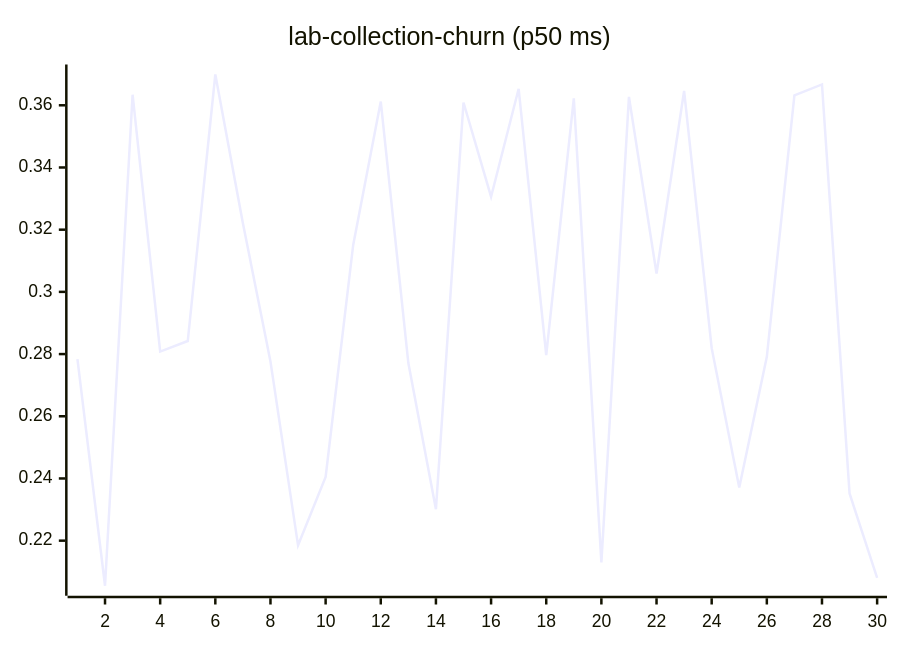
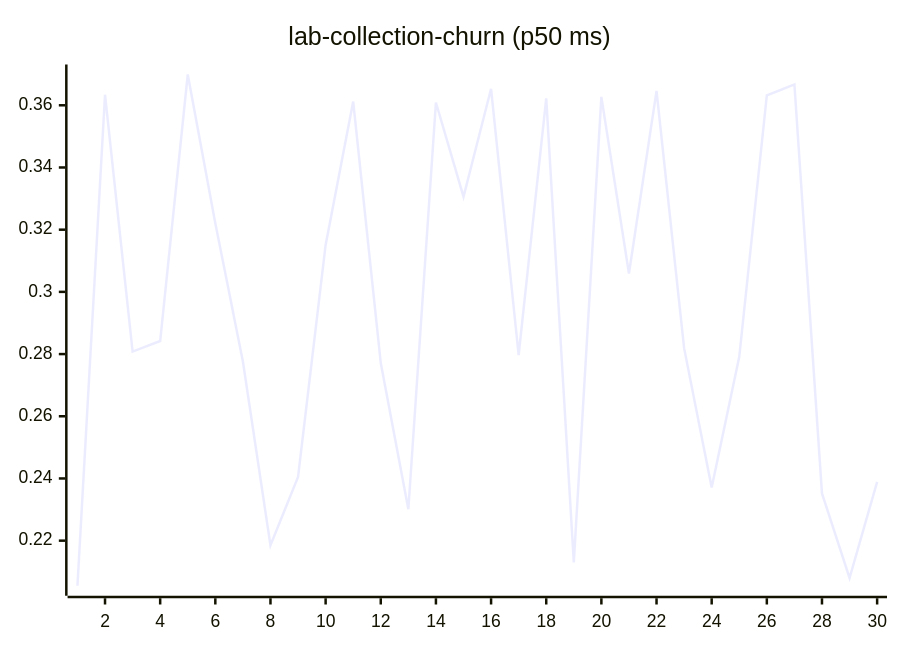
Before and after one commit to josha/Facet: diagram 11 of 27 in README.md, drawn with Mermaid. The commit also changed other lines of this file and 2 other files, not shown here.

````diff
--- a/README.md
+++ b/README.md
@@ -133,6 +133,6 @@
 ```mermaid
 xychart-beta
     title "lab-collection-churn (p50 ms)"
     x-axis 1 --> 30
-    line [0.2784, 0.2055, 0.3634, 0.2808, 0.2842, 0.3699, 0.3221, 0.2776, 0.2185, 0.2405, 0.3151, 0.3612, 0.2771, 0.2301, 0.3609, 0.3306, 0.3653, 0.2797, 0.3622, 0.2130, 0.3627, 0.3059, 0.3646, 0.2819, 0.2371, 0.2791, 0.3632, 0.3667, 0.2352, 0.2080]
+    line [0.2055, 0.3634, 0.2808, 0.2842, 0.3699, 0.3221, 0.2776, 0.2185, 0.2405, 0.3151, 0.3612, 0.2771, 0.2301, 0.3609, 0.3306, 0.3653, 0.2797, 0.3622, 0.2130, 0.3627, 0.3059, 0.3646, 0.2819, 0.2371, 0.2791, 0.3632, 0.3667, 0.2352, 0.2080, 0.2389]
 ```
````
